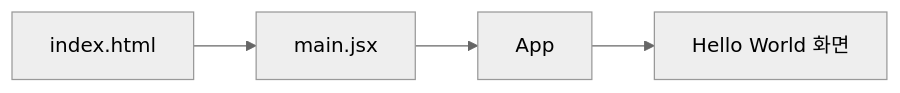
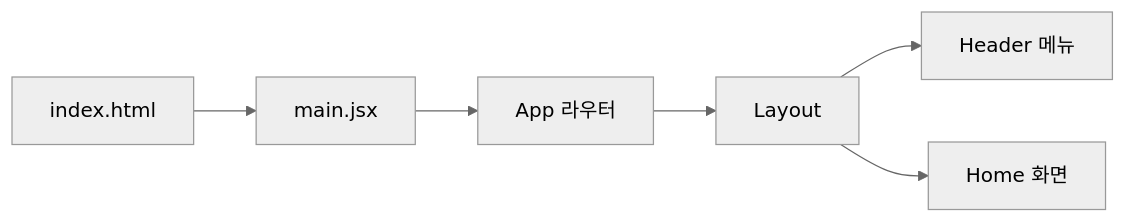
Before and after one commit to metakit-sorucecode/react-blog: the diagram in .projectcode/wiki/scenarios.md, drawn with Mermaid (neutral theme). The commit also changed other lines of this file and 5 other files, not shown here.

````diff
--- a/.projectcode/wiki/scenarios.md
+++ b/.projectcode/wiki/scenarios.md
@@ -5,6 +5,8 @@
 ```mermaid
 flowchart LR
   A[index.html] --> B[main.jsx]
-  B --> C[App]
-  C --> D[Hello World 화면]
+  B --> C[App 라우터]
+  C --> D[Layout]
+  D --> E[Header 메뉴]
+  D --> F[Home 화면]
 ```
````
